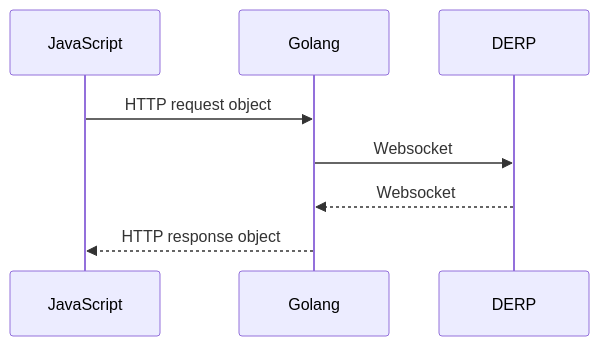
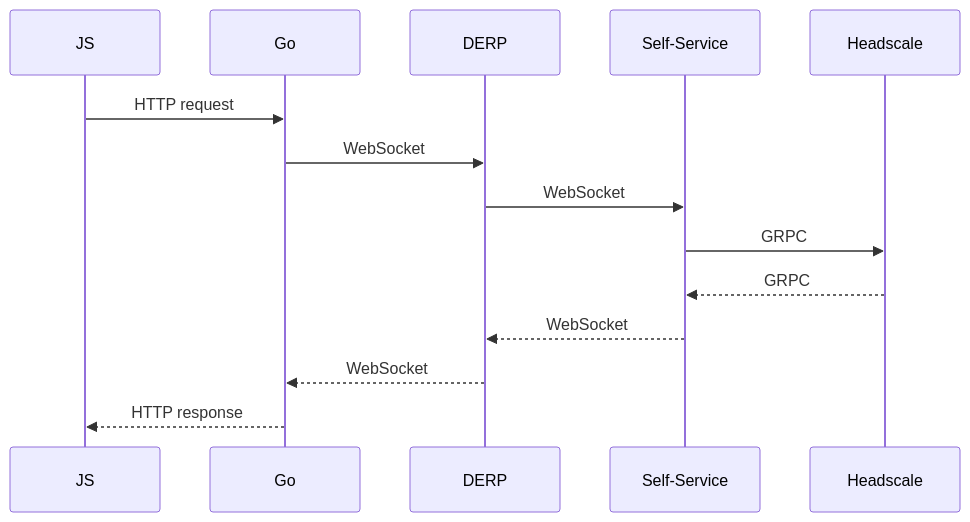
One commit to rickli-cloud/headscale-console changed the fourth of 4 diagrams in README.md. Above: the diagram before and after it, drawn with Mermaid. The commit also changed other lines of this file, not shown here.

````diff
--- a/README.md
+++ b/README.md
@@ -195,7 +200,12 @@
 ```mermaid
-  sequenceDiagram
-    JavaScript ->> Golang: HTTP request object
-    Golang ->> DERP: Websocket
-    DERP -->> Golang: Websocket
-    Golang -->> JavaScript: HTTP response object
+sequenceDiagram
+    JS ->> Go: HTTP request
+    Go ->> DERP: WebSocket
+    DERP ->> Self-Service: WebSocket
+    Self-Service ->> Headscale : GRPC
+
+    Headscale -->> Self-Service : GRPC
+    Self-Service -->> DERP: WebSocket
+    DERP -->> Go: WebSocket
+    Go -->> JS: HTTP response
 ```
````
